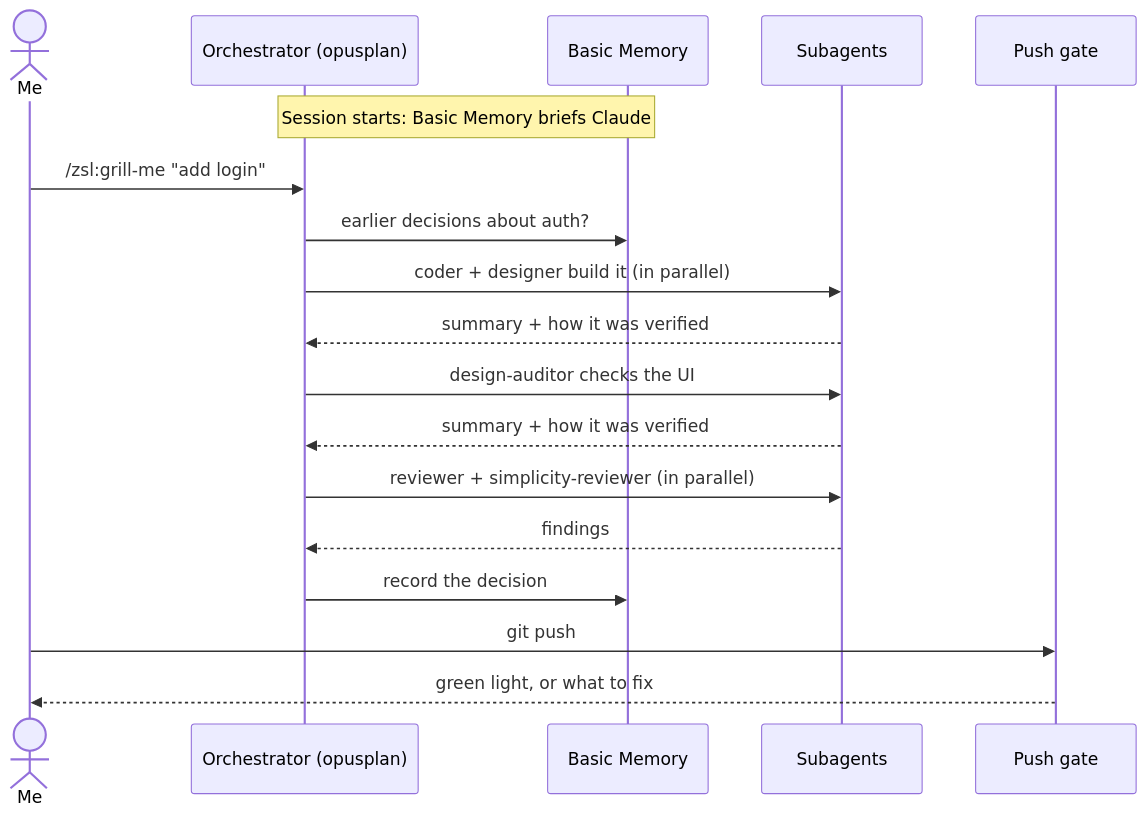
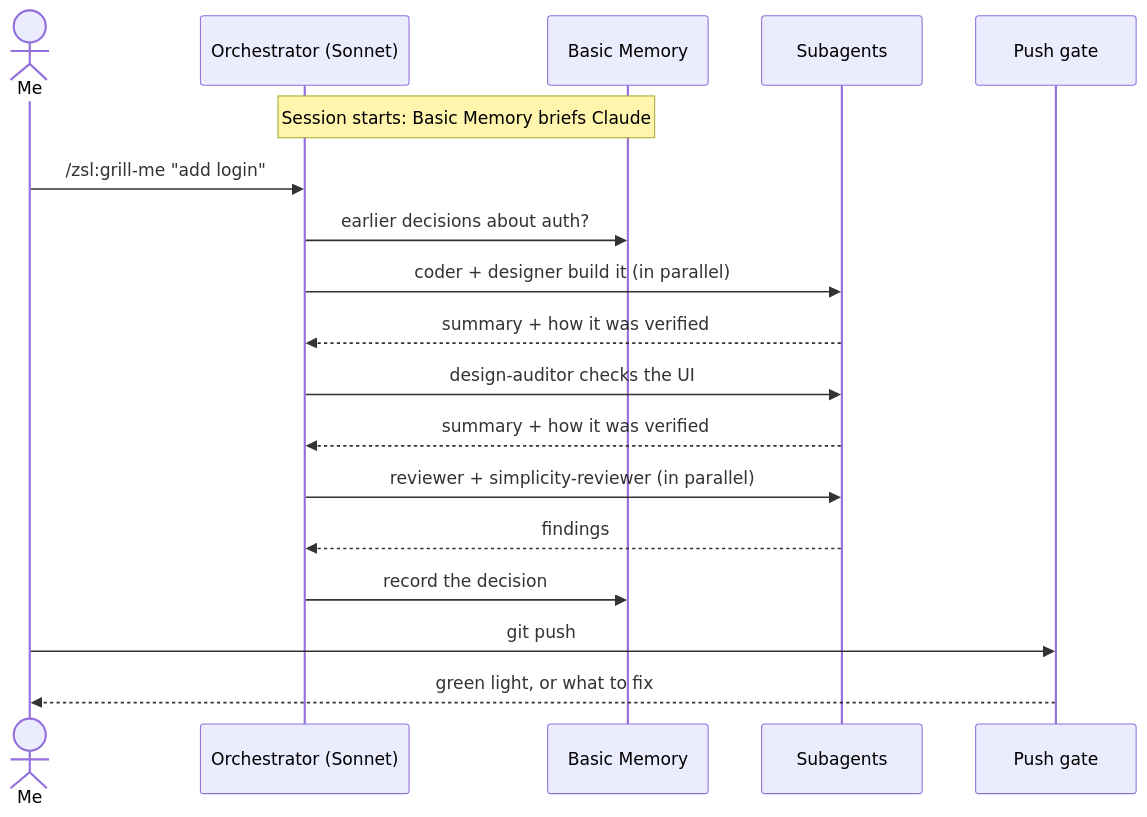
Before and after one commit to milosanokklis-debug/new_ai_setup: the fourth of 6 diagrams in README.md, drawn with Mermaid. The commit also changed other lines of this file and 15 other files, not shown here.

````diff
--- a/README.md
+++ b/README.md
@@ -273,21 +274,21 @@
 ```mermaid
 sequenceDiagram
     actor Me
-    participant M as Orchestrator (opusplan)
+    participant M as Orchestrator (Sonnet)
     participant BM as Basic Memory
     participant A as Subagents
     participant G as Push gate
 
     Note over M,BM: Session starts: Basic Memory briefs Claude
     Me->>M: /zsl:grill-me "add login"
     M->>BM: earlier decisions about auth?
     M->>A: coder + designer build it (in parallel)
     A-->>M: summary + how it was verified
     M->>A: design-auditor checks the UI
     A-->>M: summary + how it was verified
     M->>A: reviewer + simplicity-reviewer (in parallel)
     A-->>M: findings
     M->>BM: record the decision
     Me->>G: git push
     G-->>Me: green light, or what to fix
 ```
````
